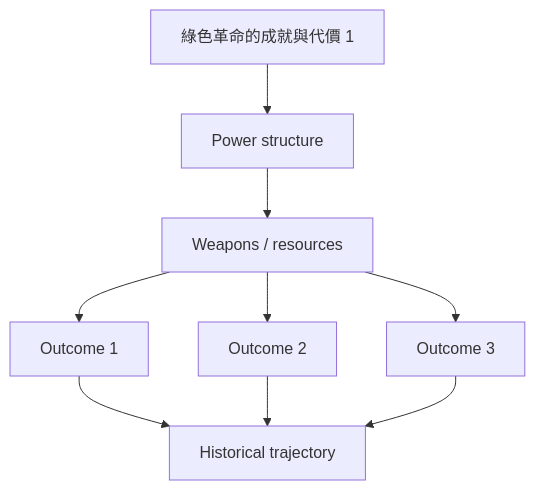
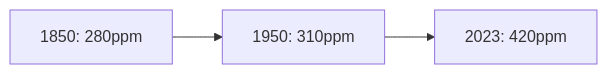
Before and after one commit to yip-lgtm/HKU-Harvard-History-Self-Study: the third of 6 diagrams in 01_HKU_Courses/HIST2215_Global_Environmental_History.md, drawn with Mermaid. The commit also changed other lines of this file and 48 other files, not shown here.

````diff
--- a/01_HKU_Courses/HIST2215_Global_Environmental_History.md
+++ b/01_HKU_Courses/HIST2215_Global_Environmental_History.md
@@ -224,11 +117,5 @@
 ```mermaid
-graph TD
-    A[綠色革命的成就與代價 1] --> B[Power structure]
-    B --> C[Weapons / resources]
-    C --> D[Outcome 1]
-    C --> E[Outcome 2]
-    C --> F[Outcome 3]
-    D --> G[Historical trajectory]
-    E --> G
-    F --> G
+graph LR
+    A[1850: 280ppm] --> B[1950: 310ppm]
+    B --> C[2023: 420ppm]
 ```
````
